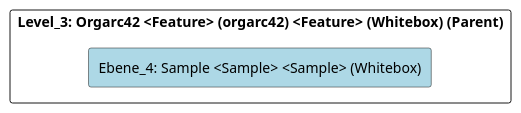
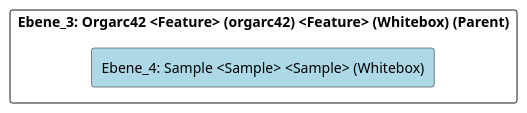
The diagram in doc/cleonproject_deliverables_architecture_model_architecture/adoc/de/05_bausteinsicht/cleon/architecture_methods/orgarc42/sample/ebene_4_sample.adoc (marcozwyssig/cleon), drawn with PlantUML before and after one commit. The commit also changed other lines of this file and 620 other files, not shown here.

```diff
--- a/doc/cleonproject_deliverables_architecture_model_architecture/adoc/de/05_bausteinsicht/cleon/architecture_methods/orgarc42/sample/ebene_4_sample.adoc
+++ b/doc/cleonproject_deliverables_architecture_model_architecture/adoc/de/05_bausteinsicht/cleon/architecture_methods/orgarc42/sample/ebene_4_sample.adoc
@@ -20,24 +20,24 @@
 [plantuml, Ebene_4: Sample <Sample> <Sample> (Whitebox)BlockOverview, format="svg"]
 ----
 @startuml Ebene_4: Sample <Sample> <Sample> (Whitebox)BuildingBlockOverview
 
 skinparam ranksep 10
 skinparam componentStyle rectangle
 skinparam shadowing false
 skinparam arrowColor lightblue
 skinparam arrowThickness 1.2
 skinparam rectangle {
   BackgroundColor White
   BorderColor #333
   RoundCorner 10
 }
 top to bottom direction
 
-component "Level_3: Orgarc42 <Feature> (orgarc42) <Feature> (Whitebox) (Parent)" {
+component "Ebene_3: Orgarc42 <Feature> (orgarc42) <Feature> (Whitebox) (Parent)" {
     component "Ebene_4: Sample <Sample> <Sample> (Whitebox)" #lightblue {
     }
 
 }
 
 @enduml
 ----
```
